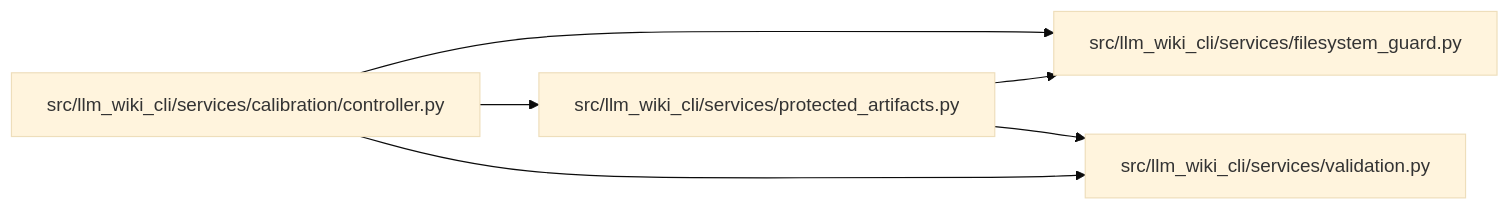
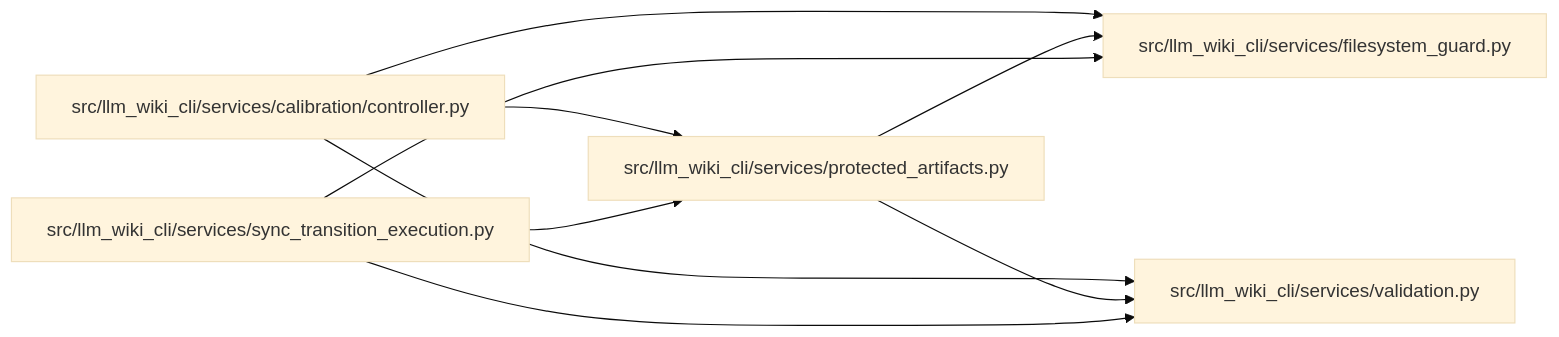
The diagram in docs/llm_wiki/modules/protected_artifacts.md (Denissvgn/python-wiki-llm), drawn with Mermaid (base theme) before and after one commit. The commit also changed other lines of this file and 490 other files, not shown here.

````diff
--- a/docs/llm_wiki/modules/protected_artifacts.md
+++ b/docs/llm_wiki/modules/protected_artifacts.md
@@ -43,16 +43,21 @@
 ```mermaid
 flowchart LR
     n0["src/llm_wiki_cli/services/calibration/controller.py"]
     n1["src/llm_wiki_cli/services/filesystem_guard.py"]
     n2["src/llm_wiki_cli/services/protected_artifacts.py"]
-    n3["src/llm_wiki_cli/services/validation.py"]
+    n3["src/llm_wiki_cli/services/sync_transition_execution.py"]
+    n4["src/llm_wiki_cli/services/validation.py"]
     n0 --> n1
     n0 --> n2
-    n0 --> n3
+    n0 --> n4
     n2 --> n1
-    n2 --> n3
+    n2 --> n4
+    n3 --> n1
+    n3 --> n2
+    n3 --> n4
     click n0 "../modules/controller.md"
     click n1 "../modules/filesystem_guard.md"
     click n2 "../modules/protected_artifacts.md"
-    click n3 "../modules/validation.md"
+    click n3 "../modules/sync_transition_execution.md"
+    click n4 "../modules/validation.md"
 ```
````
